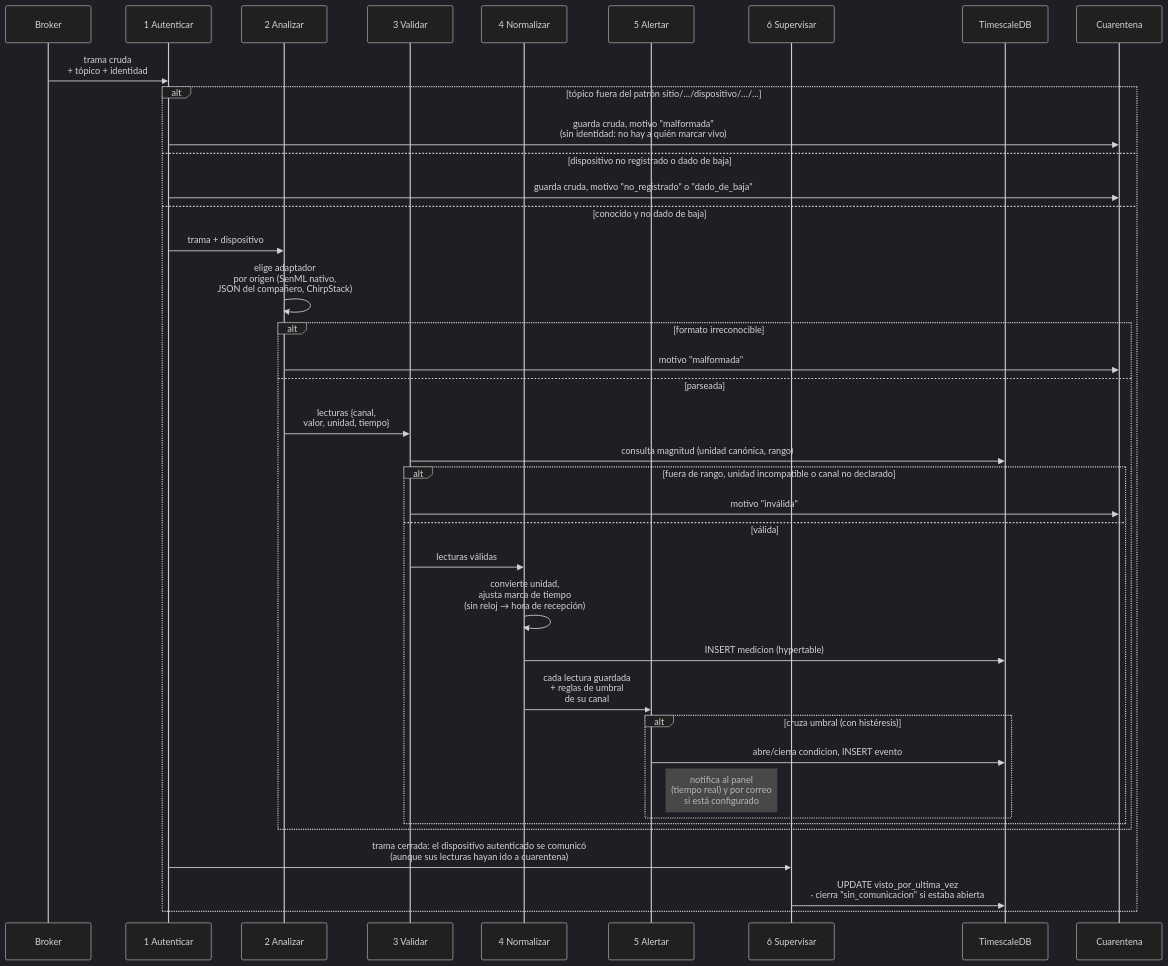
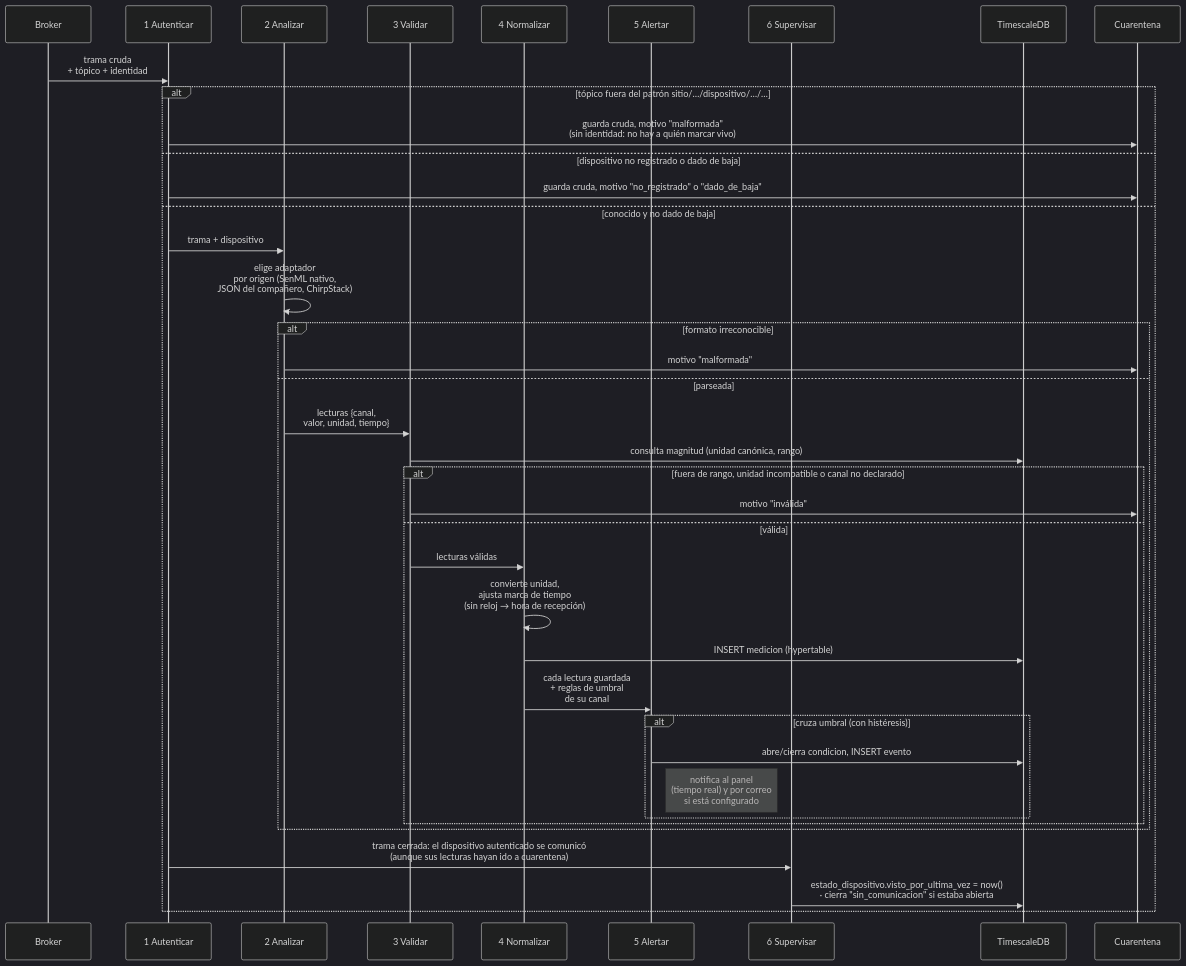
Before and after one commit to vicenterami/tesis: the diagram in informe-oficial/figuras/mermaid/sec-pipeline.mmd, drawn with Mermaid (dark theme). The commit also changed 17 other files, not shown here.

```diff
--- a/informe-oficial/figuras/mermaid/sec-pipeline.mmd
+++ b/informe-oficial/figuras/mermaid/sec-pipeline.mmd
@@ -1,40 +1,40 @@
 sequenceDiagram
     participant MQ as Broker
     participant F1 as 1 Autenticar
     participant F2 as 2 Analizar
     participant F3 as 3 Validar
     participant F4 as 4 Normalizar
     participant F5 as 5 Alertar
     participant F6 as 6 Supervisar
     participant DB as TimescaleDB
     participant Q as Cuarentena
 
     MQ->>F1: trama cruda<br/>+ tópico + identidad
     alt tópico fuera del patrón sitio/…/dispositivo/…/…
         F1->>Q: guarda cruda, motivo "malformada"<br/>(sin identidad: no hay a quién marcar vivo)
     else dispositivo no registrado o dado de baja
         F1->>Q: guarda cruda, motivo "no_registrado" o "dado_de_baja"
     else conocido y no dado de baja
         F1->>F2: trama + dispositivo
         F2->>F2: elige adaptador<br/>por origen (SenML nativo,<br/>JSON del compañero, ChirpStack)
         alt formato irreconocible
             F2->>Q: motivo "malformada"
         else parseada
             F2->>F3: lecturas {canal,<br/>valor, unidad, tiempo}
             F3->>DB: consulta magnitud (unidad canónica, rango)
             alt fuera de rango, unidad incompatible o canal no declarado
                 F3->>Q: motivo "inválida"
             else válida
                 F3->>F4: lecturas válidas
                 F4->>F4: convierte unidad,<br/>ajusta marca de tiempo<br/>(sin reloj → hora de recepción)
                 F4->>DB: INSERT medicion (hypertable)
                 F4->>F5: cada lectura guardada<br/>+ reglas de umbral<br/>de su canal
                 alt cruza umbral (con histéresis)
                     F5->>DB: abre/cierra condicion, INSERT evento
                     Note right of F5: notifica al panel<br/>(tiempo real) y por correo<br/>si está configurado
                 end
             end
         end
         F1->>F6: trama cerrada: el dispositivo autenticado se comunicó<br/>(aunque sus lecturas hayan ido a cuarentena)
-        F6->>DB: UPDATE visto_por_ultima_vez<br/>· cierra "sin_comunicacion" si estaba abierta
+        F6->>DB: estado_dispositivo.visto_por_ultima_vez = now()<br/>· cierra "sin_comunicacion" si estaba abierta
     end
```
